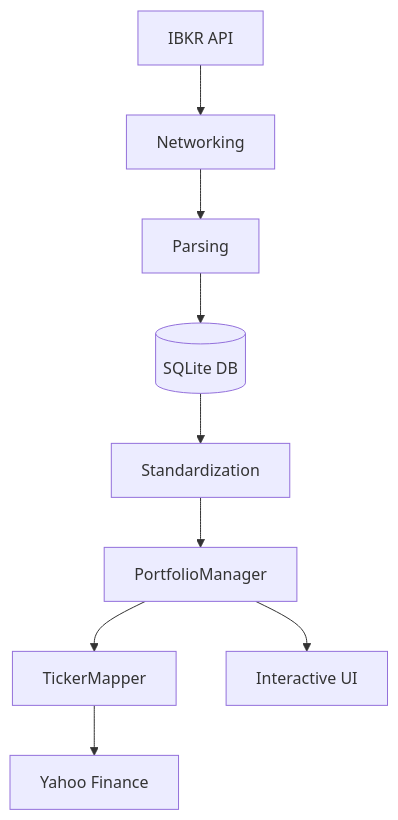
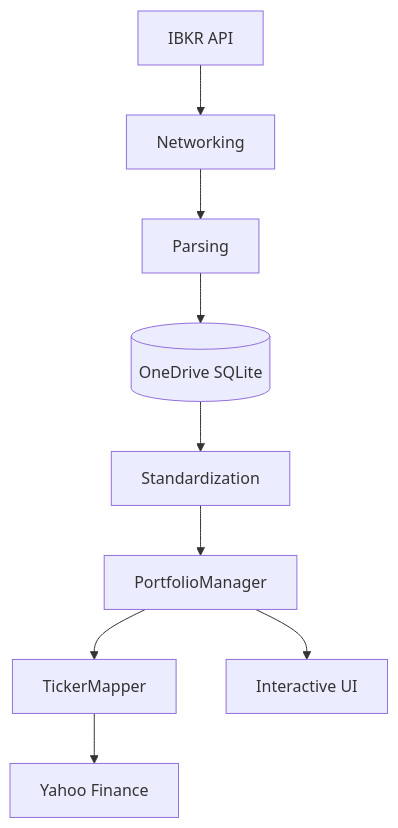
One commit to icerovski/trade-journal changed the diagram in README.md. Above: the diagram before and after it, drawn with Mermaid. The commit also changed other lines of this file and 3 other files, not shown here.

Commit message:
updated architecture

````diff
--- a/README.md
+++ b/README.md
@@ -19,11 +28,11 @@
 ```mermaid
 graph TD
     IBKR[IBKR API] --> ibkr.py[Networking]
     ibkr.py --> ibkr_parser.py[Parsing]
-    ibkr_parser.py --> DB[(SQLite DB)]
+    ibkr_parser.py --> DB[(OneDrive SQLite)]
     DB --> data_loader.py[Standardization]
     data_loader.py --> pm[PortfolioManager]
     pm --> tm[TickerMapper]
     tm --> YF[Yahoo Finance]
     pm --> dashboard.py[Interactive UI]
 ```
````
